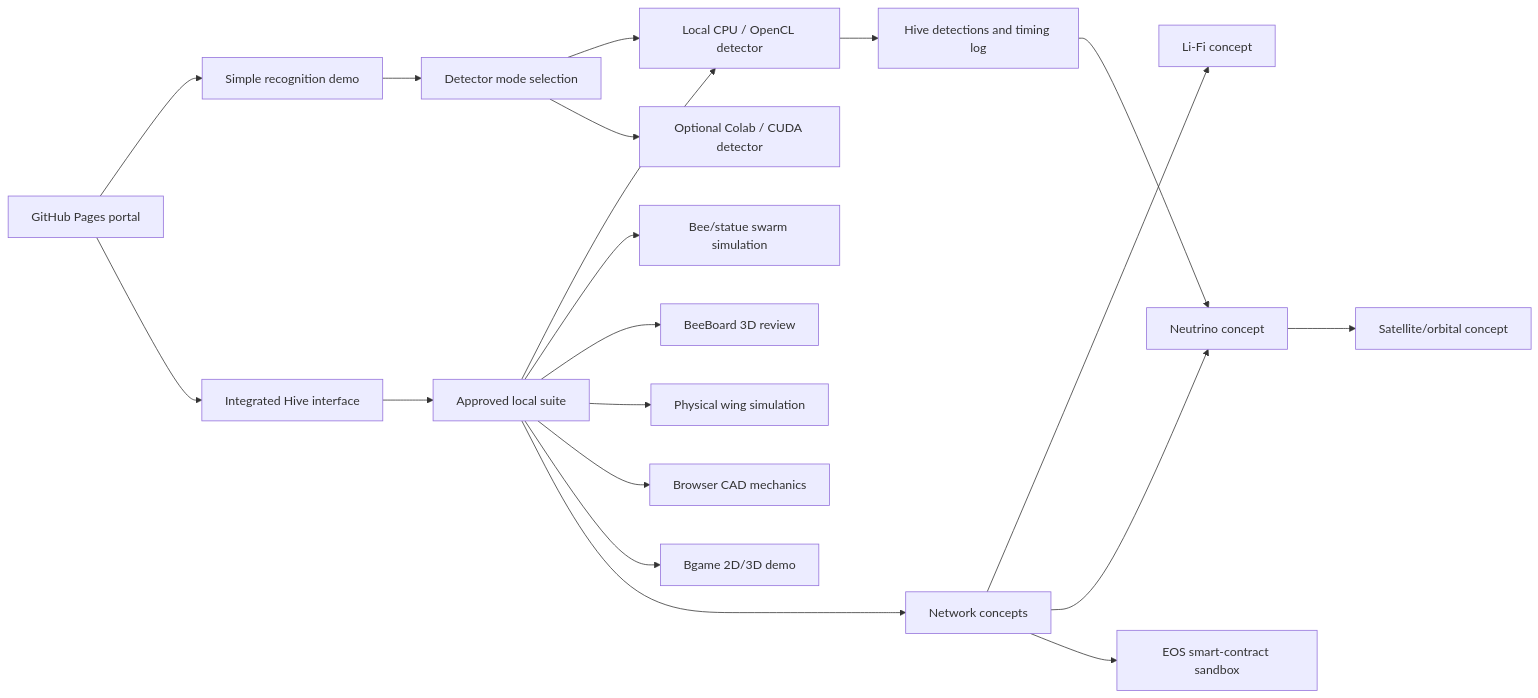
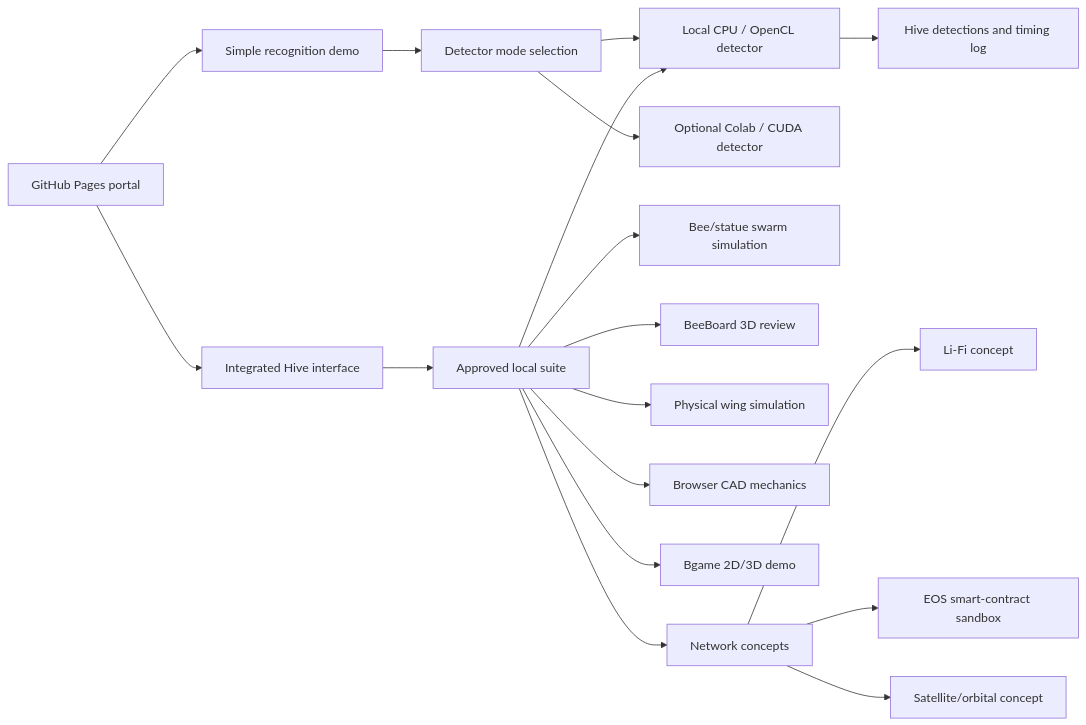
The diagram in README.md (Holodininyaroslav/bee-face-recognition-project), drawn with Mermaid before and after one commit. The commit also changed other lines of this file and 4 other files, not shown here.

````diff
--- a/README.md
+++ b/README.md
@@ -123,22 +121,20 @@
 ```mermaid
 flowchart LR
     Site["GitHub Pages portal"] --> Simple["Simple recognition demo"]
     Site --> HiveView["Integrated Hive interface"]
     Simple --> DetectorChoice["Detector mode selection"]
     HiveView --> LocalSuite["Approved local suite"]
     DetectorChoice --> LocalDetector["Local CPU / OpenCL detector"]
     DetectorChoice --> Colab["Optional Colab / CUDA detector"]
     LocalSuite --> LocalDetector
     LocalSuite --> Bee3D["Bee/statue swarm simulation"]
     LocalSuite --> Board["BeeBoard 3D review"]
     LocalSuite --> Physical["Physical wing simulation"]
     LocalSuite --> CAD["Browser CAD mechanics"]
     LocalSuite --> Game["Bgame 2D/3D demo"]
     LocalSuite --> Network["Network concepts"]
     Network --> Lifi["Li-Fi concept"]
-    Network --> Neutrino["Neutrino concept"]
     Network --> EOS["EOS smart-contract sandbox"]
-    Neutrino --> Satellite["Satellite/orbital concept"]
+    Network --> Satellite["Satellite/orbital concept"]
     LocalDetector --> Log["Hive detections and timing log"]
-    Log --> Neutrino
 ```
````
